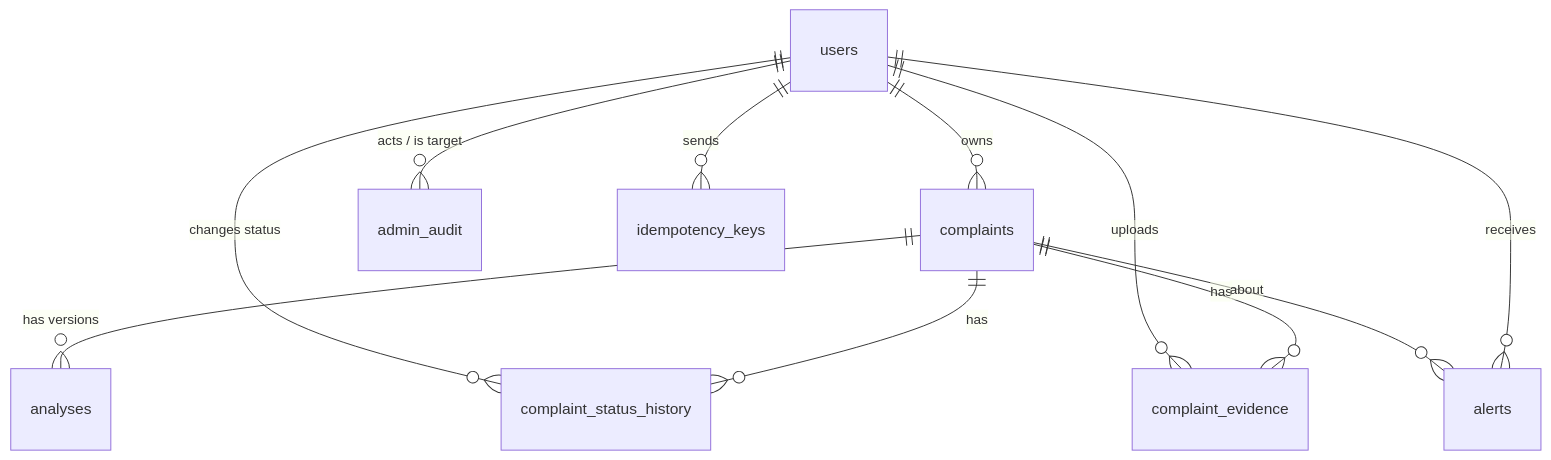
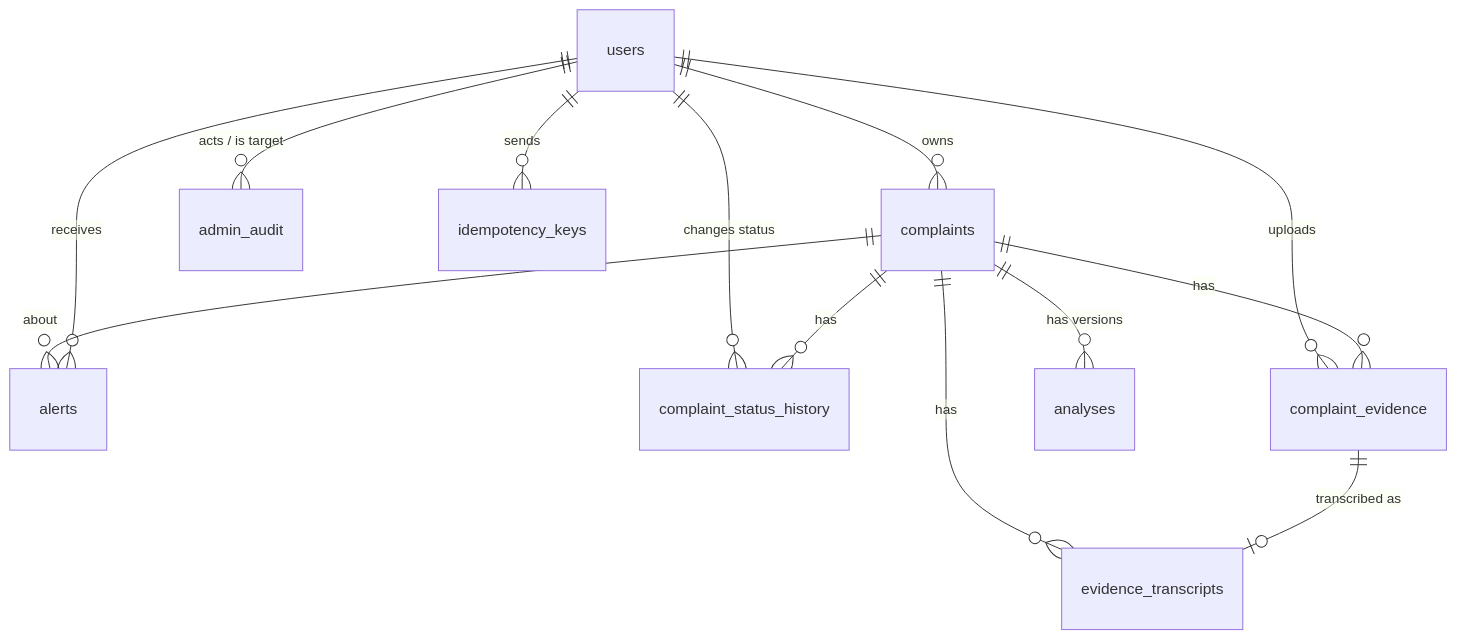
One commit to aman-18-choudhary/ai_powered_immune changed the first of 2 diagrams in docs/DATABASE_DESIGN.md. Above: the diagram before and after it, drawn with Mermaid. The commit also changed other lines of this file and 6 other files, not shown here.

````diff
--- a/docs/DATABASE_DESIGN.md
+++ b/docs/DATABASE_DESIGN.md
@@ -25,13 +27,15 @@
 ```mermaid
 erDiagram
     users ||--o{ complaints : owns
     users ||--o{ alerts : receives
     users ||--o{ admin_audit : "acts / is target"
     users ||--o{ idempotency_keys : sends
     complaints ||--o{ complaint_status_history : has
     complaints ||--o{ complaint_evidence : has
     complaints ||--o{ analyses : "has versions"
     complaints ||--o{ alerts : about
+    complaint_evidence ||--o| evidence_transcripts : "transcribed as"
+    complaints ||--o{ evidence_transcripts : has
     users ||--o{ complaint_evidence : uploads
     users ||--o{ complaint_status_history : "changes status"
 ```
````
